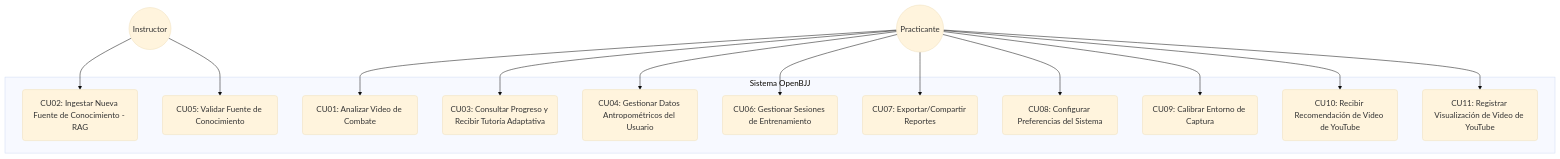
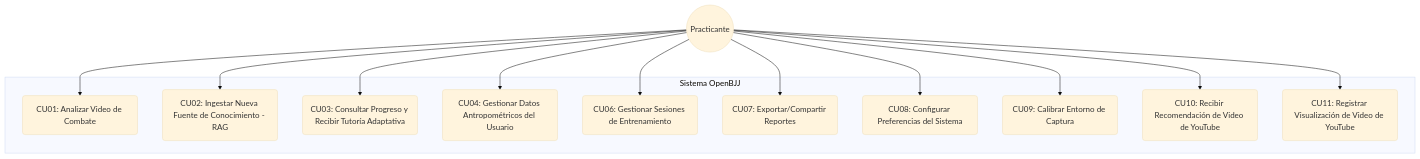
Before and after one commit to Tsmrain/Documentacion: the second of 11 diagrams in README.md, drawn with Mermaid (base theme). The commit also changed other lines of this file, not shown here.

Commit message:
refactor: migrate system architecture from client-side local RAG and IndexedDB to a centralized server-based model

````diff
--- a/README.md
+++ b/README.md
@@ -580,32 +579,28 @@
 ```mermaid
 flowchart TD
     Practicante((Practicante))
-    Instructor((Instructor))
     
     subgraph "Sistema OpenBJJ"
         CU01(CU01: Analizar Video de Combate)
         CU02(CU02: Ingestar Nueva Fuente de Conocimiento - RAG)
         CU03(CU03: Consultar Progreso y Recibir Tutoría Adaptativa)
         CU04(CU04: Gestionar Datos Antropométricos del Usuario)
-        CU05(CU05: Validar Fuente de Conocimiento)
         CU06(CU06: Gestionar Sesiones de Entrenamiento)
         CU07(CU07: Exportar/Compartir Reportes)
         CU08(CU08: Configurar Preferencias del Sistema)
         CU09(CU09: Calibrar Entorno de Captura)
         CU10(CU10: Recibir Recomendación de Video de YouTube)
         CU11(CU11: Registrar Visualización de Video de YouTube)
     end
     
     Practicante --> CU01
+    Practicante --> CU02
     Practicante --> CU03
     Practicante --> CU04
     Practicante --> CU06
     Practicante --> CU07
     Practicante --> CU08
     Practicante --> CU09
     Practicante --> CU10
     Practicante --> CU11
-    
-    Instructor --> CU02
-    Instructor --> CU05
 ```
````
